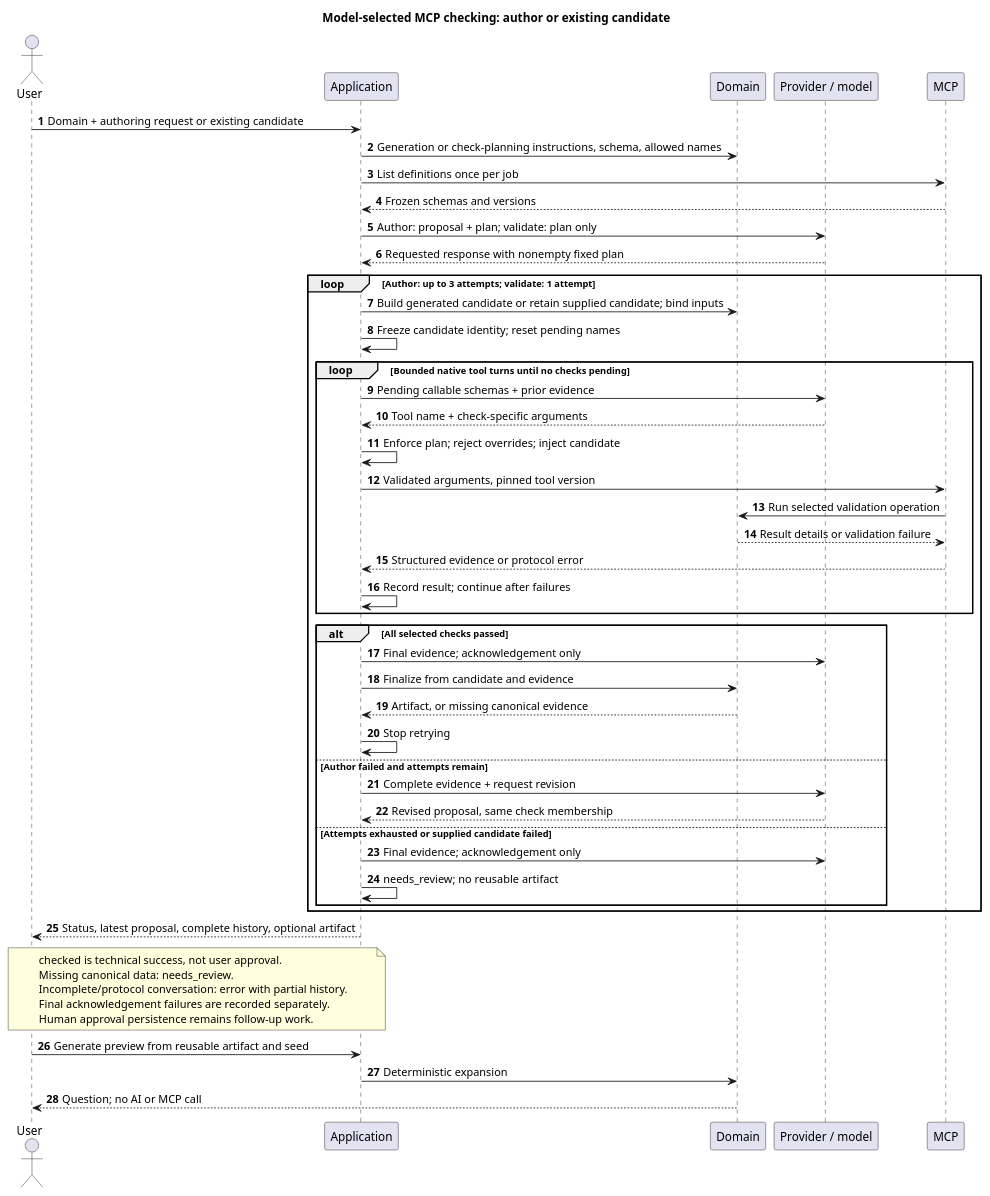
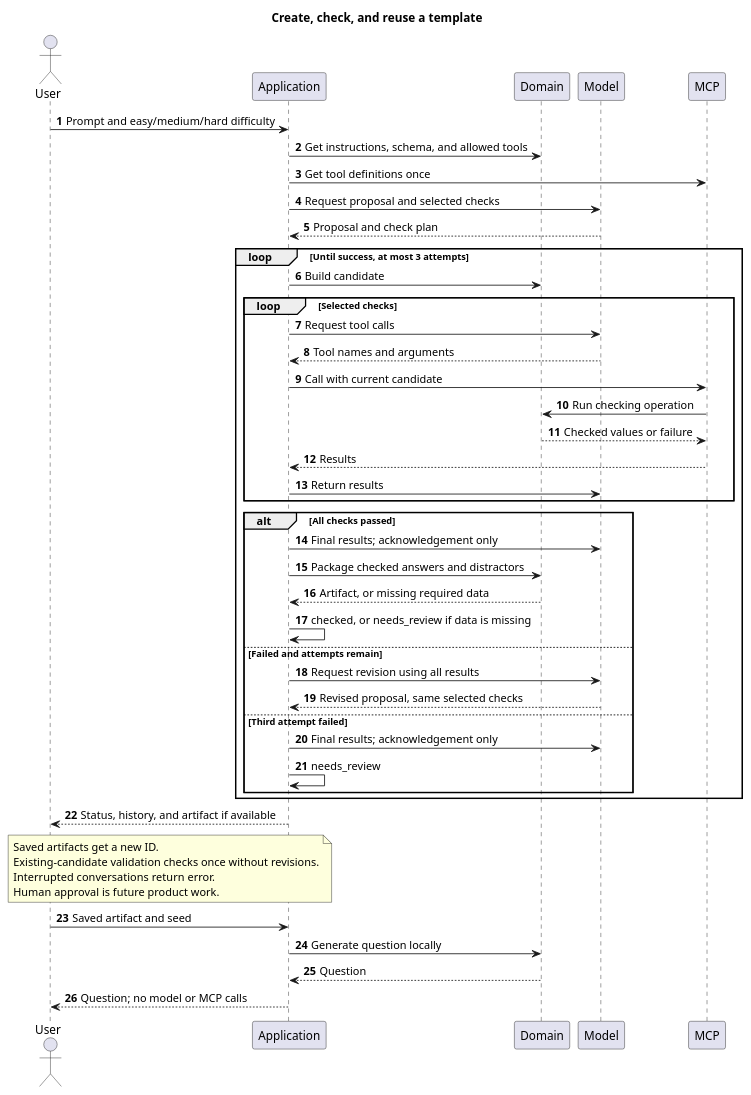
The diagram in docs/question-generation/generate-template.puml (edcraft-org/ai), drawn with PlantUML before and after one commit. The commit also changed 39 other files, not shown here.

Commit message:
docs: simplify workflow guides and use easy medium hard difficulty

```diff
--- a/docs/question-generation/generate-template.puml
+++ b/docs/question-generation/generate-template.puml
@@ -1,52 +1,53 @@
 @startuml TemplateGeneration
-title Model-selected MCP checking: author or existing candidate
+title Create, check, and reuse a template
 autonumber
 actor User
 participant Application as App
 participant Domain
-participant "Provider / model" as Model
+participant Model
 participant MCP
-User -> App: Domain + authoring request or existing candidate
-App -> Domain: Generation or check-planning instructions, schema, allowed names
-App -> MCP: List definitions once per job
-MCP --> App: Frozen schemas and versions
-App -> Model: Author: proposal + plan; validate: plan only
-Model --> App: Requested response with nonempty fixed plan
-loop Author: up to 3 attempts; validate: 1 attempt
-    App -> Domain: Build generated candidate or retain supplied candidate; bind inputs
-    App -> App: Freeze candidate identity; reset pending names
-    loop Bounded native tool turns until no checks pending
-        App -> Model: Pending callable schemas + prior evidence
-        Model --> App: Tool name + check-specific arguments
-        App -> App: Enforce plan; reject overrides; inject candidate
-        App -> MCP: Validated arguments, pinned tool version
-        MCP -> Domain: Run selected validation operation
-        Domain --> MCP: Result details or validation failure
-        MCP --> App: Structured evidence or protocol error
-        App -> App: Record result; continue after failures
+
+User -> App: Prompt and easy/medium/hard difficulty
+App -> Domain: Get instructions, schema, and allowed tools
+App -> MCP: Get tool definitions once
+App -> Model: Request proposal and selected checks
+Model --> App: Proposal and check plan
+
+loop Until success, at most 3 attempts
+    App -> Domain: Build candidate
+    loop Selected checks
+        App -> Model: Request tool calls
+        Model --> App: Tool names and arguments
+        App -> MCP: Call with current candidate
+        MCP -> Domain: Run checking operation
+        Domain --> MCP: Checked values or failure
+        MCP --> App: Results
+        App -> Model: Return results
     end
-    alt All selected checks passed
-        App -> Model: Final evidence; acknowledgement only
-        App -> Domain: Finalize from candidate and evidence
-        Domain --> App: Artifact, or missing canonical evidence
-        App -> App: Stop retrying
-    else Author failed and attempts remain
-        App -> Model: Complete evidence + request revision
-        Model --> App: Revised proposal, same check membership
-    else Attempts exhausted or supplied candidate failed
-        App -> Model: Final evidence; acknowledgement only
-        App -> App: needs_review; no reusable artifact
+    alt All checks passed
+        App -> Model: Final results; acknowledgement only
+        App -> Domain: Package checked answers and distractors
+        Domain --> App: Artifact, or missing required data
+        App -> App: checked, or needs_review if data is missing
+    else Failed and attempts remain
+        App -> Model: Request revision using all results
+        Model --> App: Revised proposal, same selected checks
+    else Third attempt failed
+        App -> Model: Final results; acknowledgement only
+        App -> App: needs_review
     end
 end
-App --> User: Status, latest proposal, complete history, optional artifact
+App --> User: Status, history, and artifact if available
+
 note over App, User
-checked is technical success, not user approval.
-Missing canonical data: needs_review.
-Incomplete/protocol conversation: error with partial history.
-Final acknowledgement failures are recorded separately.
-Human approval persistence remains follow-up work.
+Saved artifacts get a new ID.
+Existing-candidate validation checks once without revisions.
+Interrupted conversations return error.
+Human approval is future product work.
 end note
-User -> App: Generate preview from reusable artifact and seed
-App -> Domain: Deterministic expansion
-Domain --> User: Question; no AI or MCP call
+
+User -> App: Saved artifact and seed
+App -> Domain: Generate question locally
+Domain --> App: Question
+App --> User: Question; no model or MCP calls
 @enduml
```
